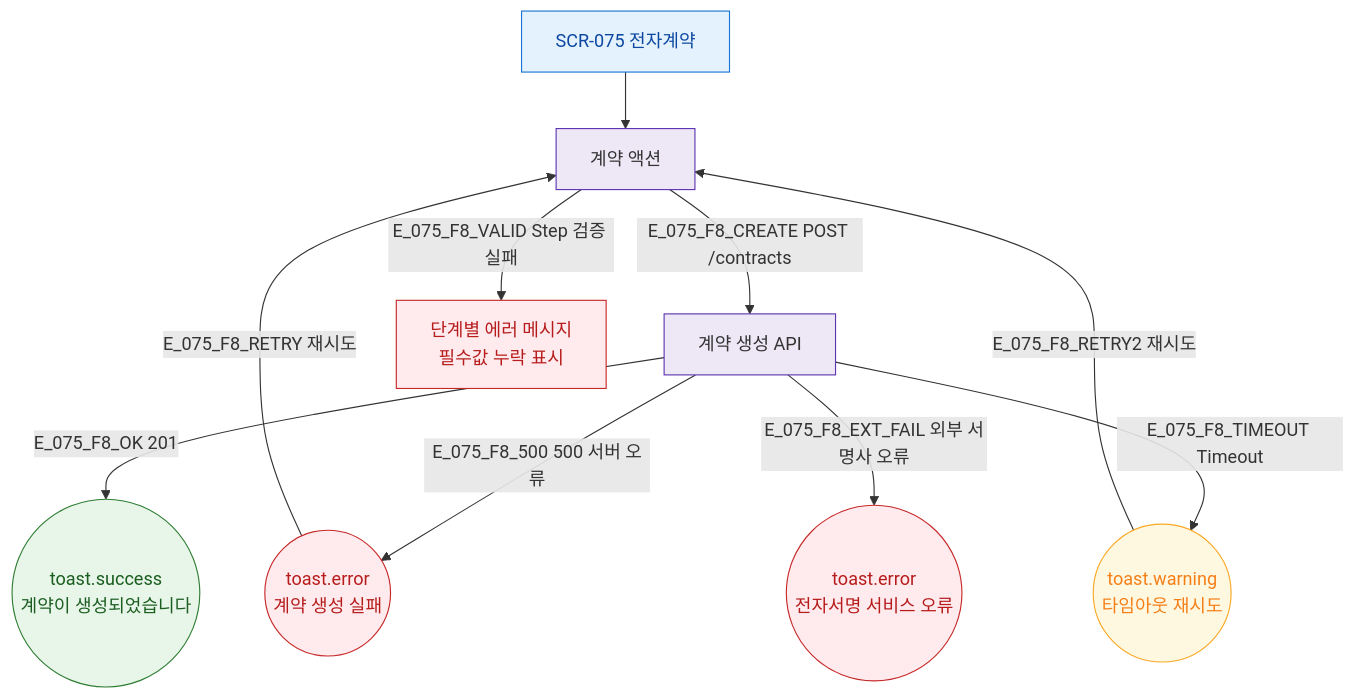
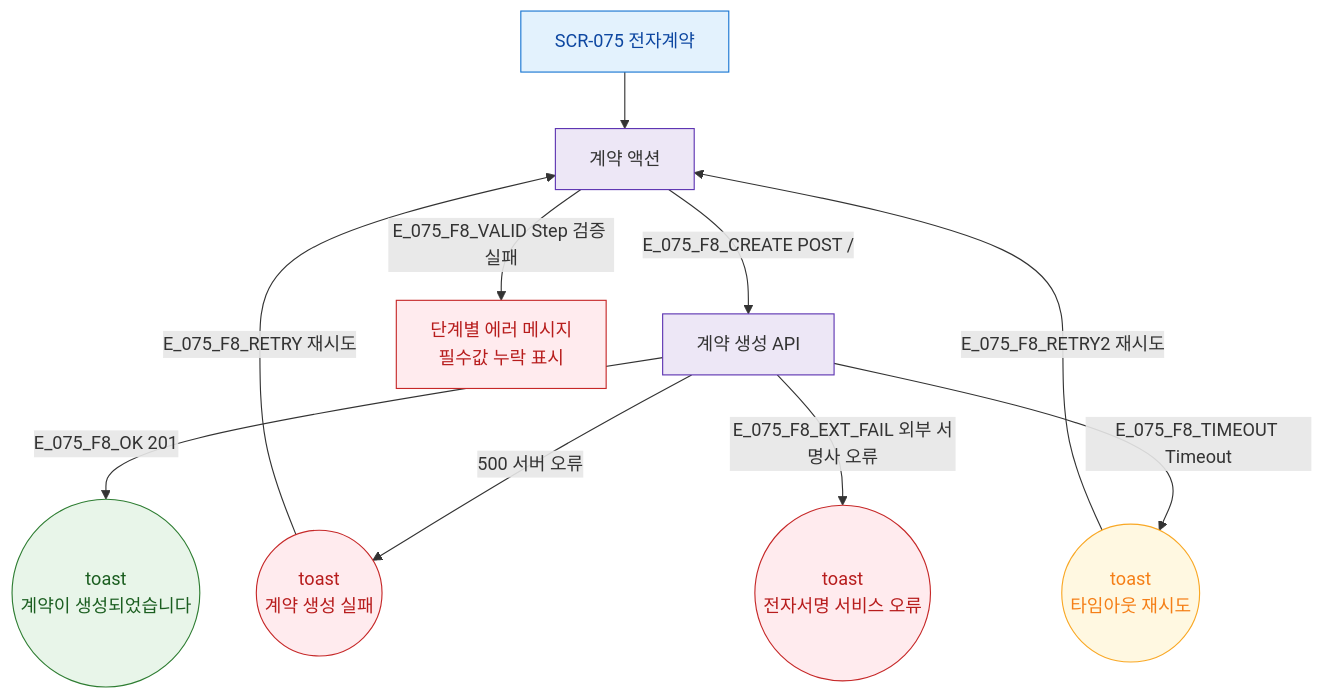
One commit to dev-spogym/admin-pando changed the diagram in docs/다이어그램/D08_마케팅/SCR-075_전자계약/F8_에러예외.md. Above: the diagram before and after it, drawn with Mermaid. The commit also changed other lines of this file and 1660 other files, not shown here.

First line of the commit message:
다이어그램: 기획자/클라이언트 납품본으로 정리

````diff
--- a/docs/다이어그램/D08_마케팅/SCR-075_전자계약/F8_에러예외.md
+++ b/docs/다이어그램/D08_마케팅/SCR-075_전자계약/F8_에러예외.md
@@ -14,27 +12,27 @@
 ```mermaid
 flowchart TD
   SCR_075[SCR-075 전자계약] --> ACT[계약 액션]
 
-  ACT -->|E_075_F8_CREATE POST /contracts| API[계약 생성 API]
-  API -->|E_075_F8_OK 201| T_OK((toast.success\n계약이 생성되었습니다))
-  API -->|E_075_F8_500 500 서버 오류| T_ERR((toast.error\n계약 생성 실패))
-  API -->|E_075_F8_TIMEOUT Timeout| T_TIMEOUT((toast.warning\n타임아웃 재시도))
-  API -->|E_075_F8_EXT_FAIL 외부 서명사 오류| T_EXT((toast.error\n전자서명 서비스 오류))
+  ACT -->|E_075_F8_CREATE POST /|API[계약 생성 API]
+  API -->|E_075_F8_OK 201|T_OK((toast\n계약이 생성되었습니다))
+  API -->|500 서버 오류|T_ERR((toast\n계약 생성 실패))
+  API -->|E_075_F8_TIMEOUT Timeout|T_TIMEOUT((toast\n타임아웃 재시도))
+  API -->|E_075_F8_EXT_FAIL 외부 서명사 오류|T_EXT((toast\n전자서명 서비스 오류))
 
-  ACT -->|E_075_F8_VALID Step 검증 실패| STEP_ERR[단계별 에러 메시지\n필수값 누락 표시]
+  ACT -->|E_075_F8_VALID Step 검증 실패|STEP_ERR[단계별 에러 메시지\n필수값 누락 표시]
 
-  T_ERR -->|E_075_F8_RETRY 재시도| ACT
-  T_TIMEOUT -->|E_075_F8_RETRY2 재시도| ACT
+  T_ERR -->|E_075_F8_RETRY 재시도|ACT
+  T_TIMEOUT -->|E_075_F8_RETRY2 재시도|ACT
 
-  classDef screen      fill:#E3F2FD,stroke:#1976D2,color:#0D47A1
-  classDef success     fill:#E8F5E9,stroke:#2E7D32,color:#1B5E20
-  classDef error       fill:#FFEBEE,stroke:#C62828,color:#B71C1C
-  classDef warning     fill:#FFF8E1,stroke:#F9A825,color:#F57F17
-  classDef system      fill:#EDE7F6,stroke:#5E35B2
+  classDef screen fill:#E3F2FD,stroke:#1976D2,color:#0D47A1
+  classDef success fill:#E8F5E9,stroke:#2E7D32,color:#1B5E20
+  classDef error fill:#FFEBEE,stroke:#C62828,color:#B71C1C
+  classDef warning fill:#FFF8E1,stroke:#F9A825,color:#F57F17
+  classDef system fill:#EDE7F6,stroke:#5E35B2
 
   class SCR_075 screen
   class T_OK success
   class T_ERR,T_EXT,STEP_ERR error
   class T_TIMEOUT warning
   class API,ACT system
 ```
````
